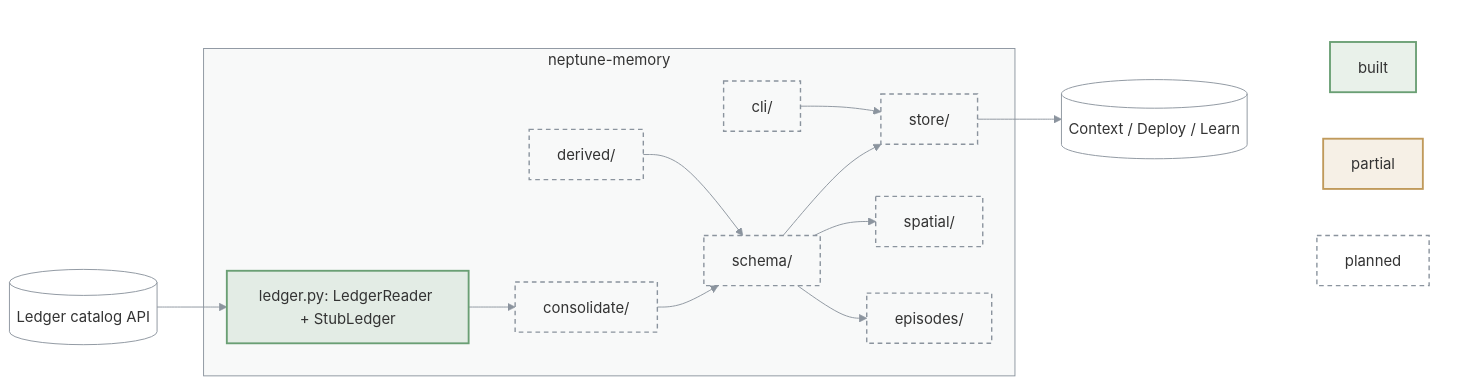
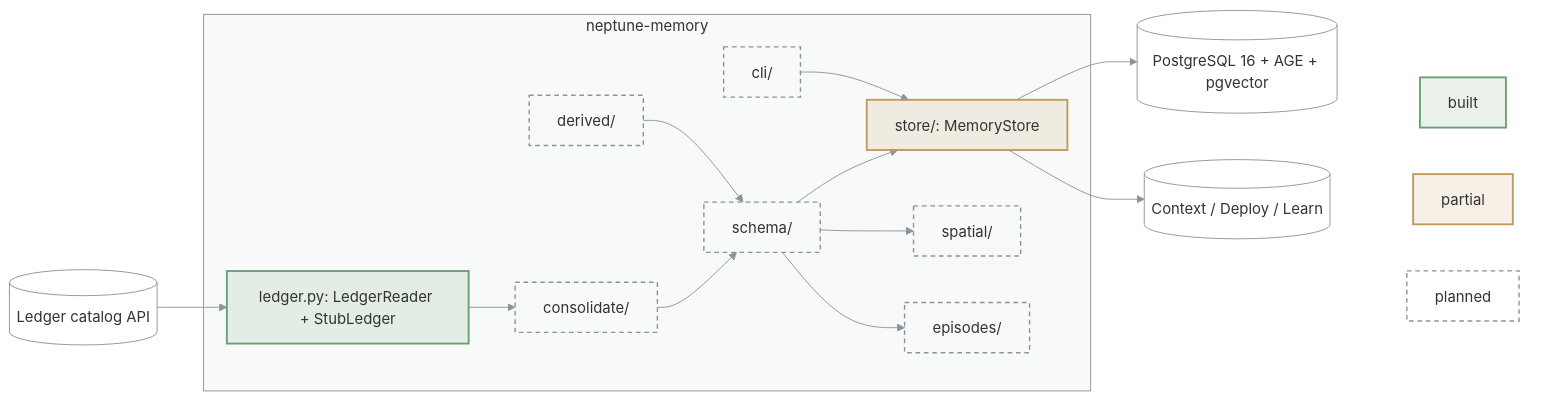
One commit to bennytay/neptune changed the diagram in packages/neptune-memory/ARCHITECTURE.md. Above: the diagram before and after it, drawn with Mermaid. The commit also changed 7 other files, not shown here.

First line of the commit message:
docs(memory): ADR 0004 claim graph store decision with measured ladder results

````diff
--- a/packages/neptune-memory/ARCHITECTURE.md
+++ b/packages/neptune-memory/ARCHITECTURE.md
@@ -3,40 +3,43 @@
 ```mermaid
 flowchart LR
   LED[("Ledger catalog API")]
+  PG[("PostgreSQL 16 + AGE + pgvector")]
   subgraph M["neptune-memory"]
     SEAM["ledger.py: LedgerReader + StubLedger"]
     CON["consolidate/"]
     DER["derived/"]
     SCH["schema/"]
-    STO["store/"]
+    STO["store/: MemoryStore"]
     SPA["spatial/"]
     EPI["episodes/"]
     CLI["cli/"]
   end
   OUT[("Context / Deploy / Learn")]
   LED --> SEAM --> CON --> SCH --> STO
   DER --> SCH
   SCH --> SPA & EPI
   STO --> OUT
   CLI --> STO
+  STO --> PG
 
   subgraph KEY[" "]
     K1["built"]
     K2["partial"]
     K3["planned"]
   end
   OUT ~~~ K1 & K2 & K3
 
   classDef built fill:#6a9f7426,stroke:#6a9f74,stroke-width:2px
   classDef partial fill:#c09a5b26,stroke:#c09a5b,stroke-width:2px
   classDef todo fill:none,stroke:#8b949e,stroke-width:1.5px,stroke-dasharray:5 4
   classDef ext fill:none,stroke:#8b949e,stroke-width:1px
   class K1 built
   class K2 partial
-  class CON,DER,SCH,STO,SPA,EPI,CLI,K3 todo
+  class CON,DER,SCH,SPA,EPI,CLI,K3 todo
+  class STO partial
   class SEAM built
-  class LED,OUT ext
+  class LED,OUT,PG ext
   style M fill:#8b949e0f,stroke:#8b949e
   style KEY fill:none,stroke:none
   linkStyle default stroke:#8b949e
 ```
````
